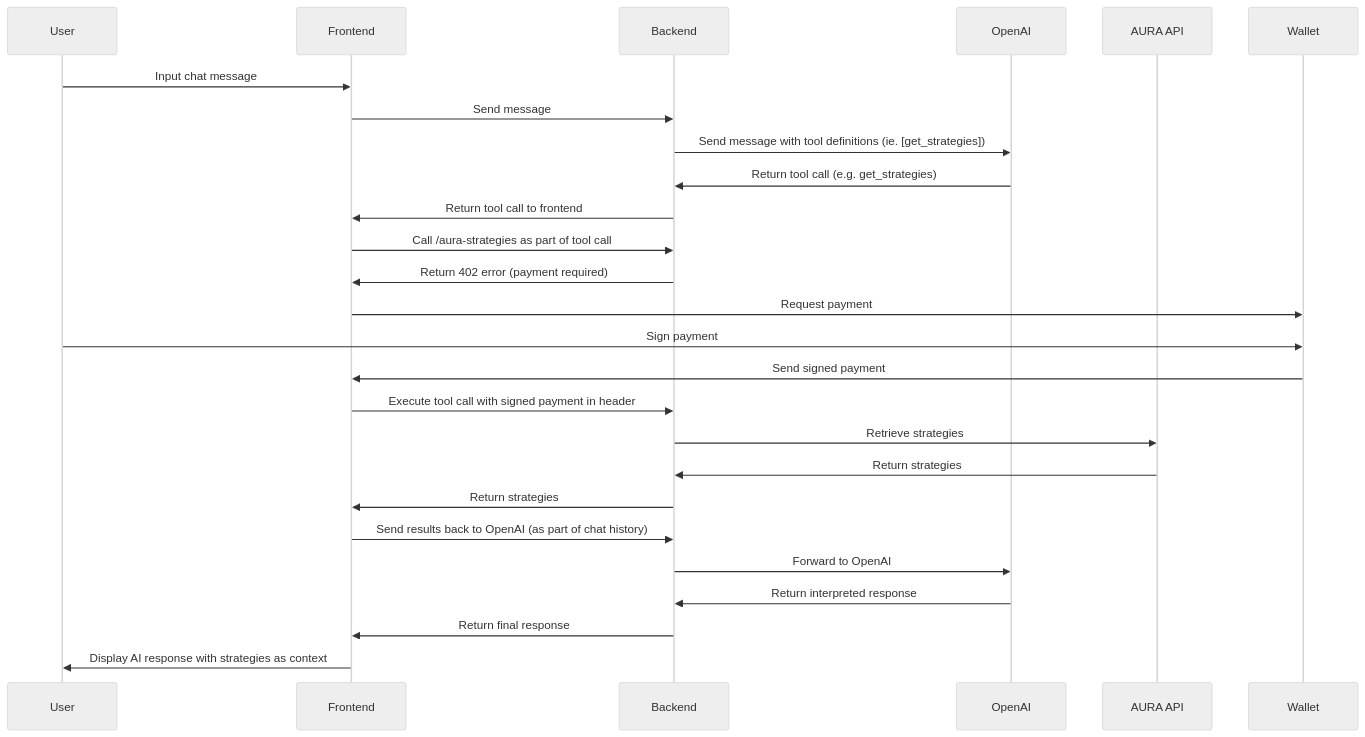
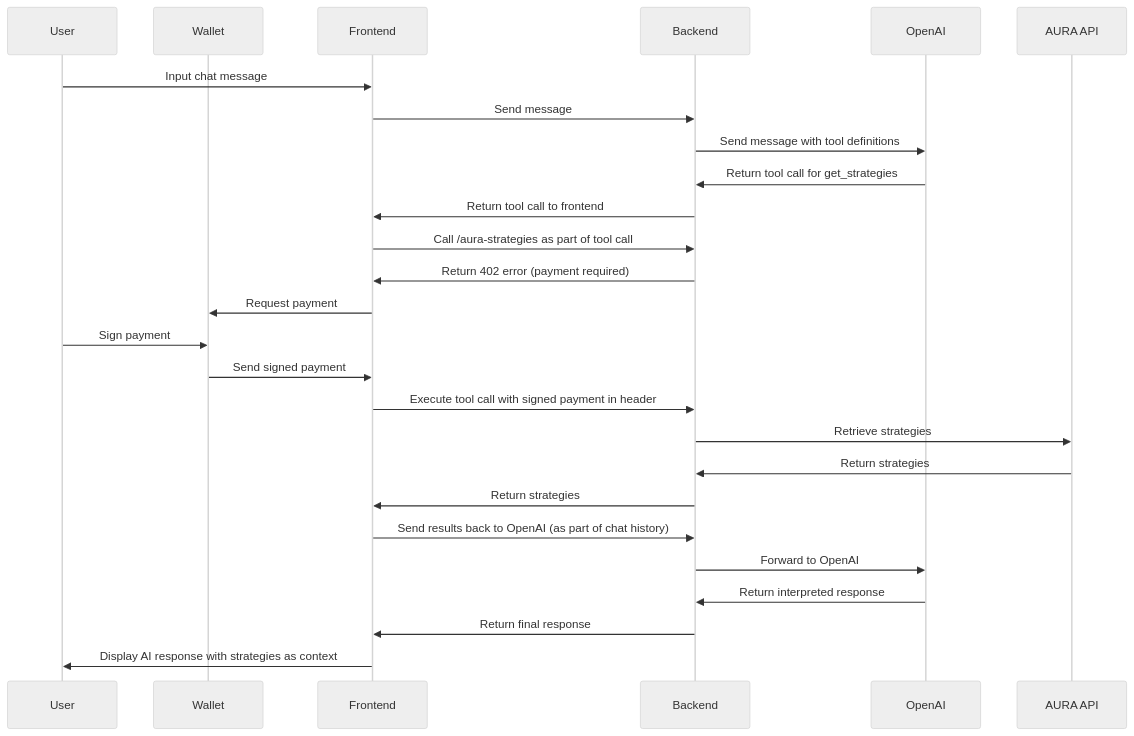
Before and after one commit to SharkofMirkwood/aura-hackathon-project: the diagram in README.md, drawn with Mermaid (neutral theme). The commit also changed other lines of this file and 4 other files, not shown here.

````diff
--- a/README.md
+++ b/README.md
@@ -50,29 +51,29 @@
 ```mermaid
 sequenceDiagram
     participant User
+    participant Wallet
     participant Frontend
     participant Backend
     participant OpenAI
     participant AURA API
-    participant Wallet
 
     User->>Frontend: Input chat message
     Frontend->>Backend: Send message
-    Backend->>OpenAI: Send message with tool definitions (ie. [get_strategies])
-    OpenAI->>Backend: Return tool call (e.g. get_strategies)
+    Backend->>OpenAI: Send message with tool definitions
+    OpenAI->>Backend: Return tool call for get_strategies
     Backend->>Frontend: Return tool call to frontend
     Frontend->>Backend: Call /aura-strategies as part of tool call
     Backend->>Frontend: Return 402 error (payment required)
     Frontend->>Wallet: Request payment
     User->>Wallet: Sign payment
     Wallet->>Frontend: Send signed payment
     Frontend->>Backend: Execute tool call with signed payment in header
     Backend->>AURA API: Retrieve strategies
     AURA API->>Backend: Return strategies
     Backend->>Frontend: Return strategies
     Frontend->>Backend: Send results back to OpenAI (as part of chat history)
     Backend->>OpenAI: Forward to OpenAI
     OpenAI->>Backend: Return interpreted response
     Backend->>Frontend: Return final response
     Frontend->>User: Display AI response with strategies as context
 ```
````
